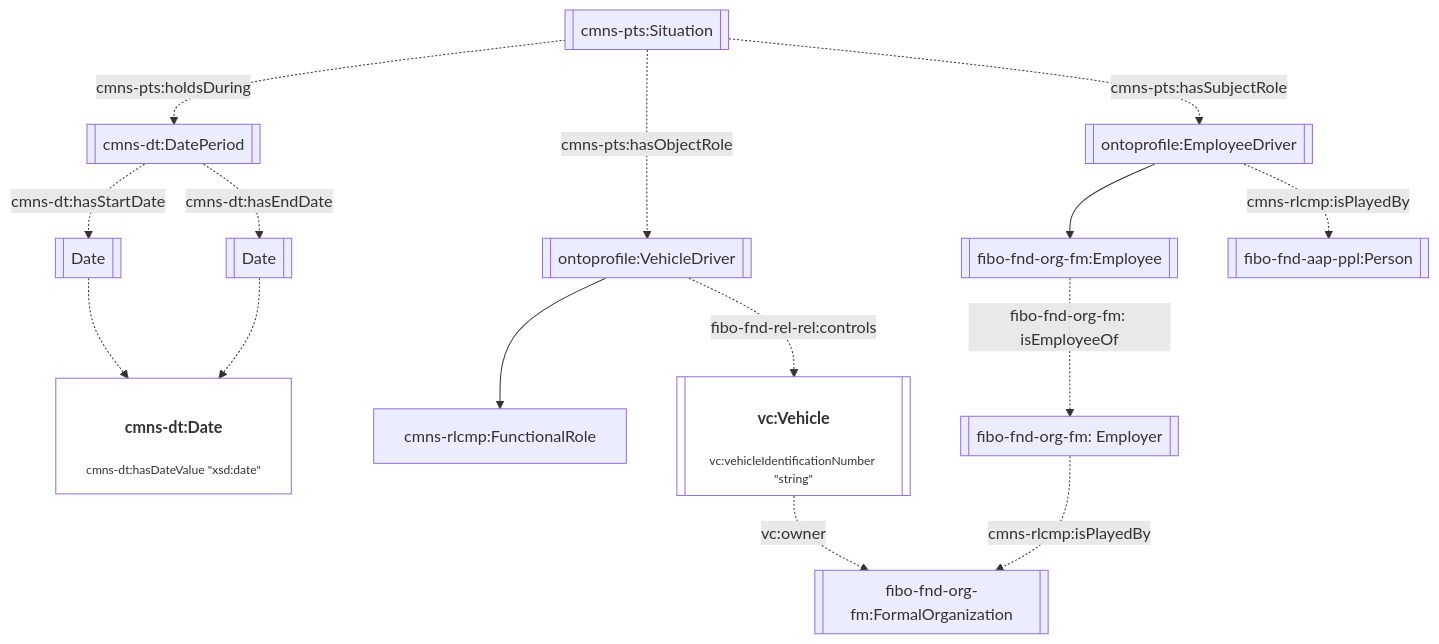
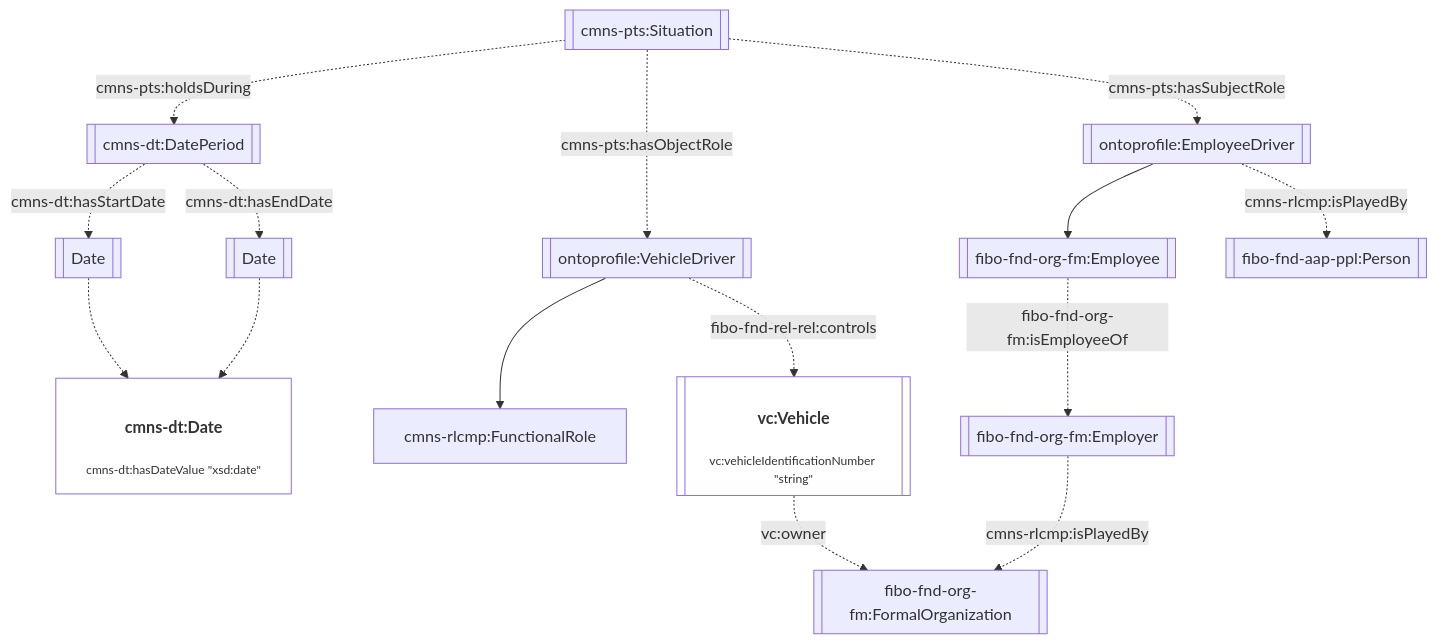
The sixth of 7 diagrams in JPS_Ontology/ontology/ontoprofile/README.MD (cambridge-cares/TheWorldAvatar), drawn with Mermaid before and after one commit. The commit also changed other lines of this file, not shown here.

Commit message:
dev-service-execution-ontology-extension: add overflow styles to link and node

````diff
--- a/JPS_Ontology/ontology/ontoprofile/README.MD
+++ b/JPS_Ontology/ontology/ontoprofile/README.MD
@@ -194,23 +197,24 @@
 ```mermaid
 flowchart TD
     %% Styling
     classDef literal fill:none
-    classDef node text-wrap:pretty
+    classDef node overflow-wrap:break-word,text-wrap:pretty
+    linkStyle default overflow-wrap:break-word,text-wrap:pretty;
 
     %% Contents
     Situation[[cmns-pts:Situation]] -. cmns-pts:hasSubjectRole .-> Driver[[ontoprofile:EmployeeDriver]]
     Situation -. cmns-pts:hasObjectRole .-> VDriver[[ontoprofile:VehicleDriver]]
     Situation -. cmns-pts:holdsDuring .-> DatePeriod[[cmns-dt:DatePeriod]]
     DatePeriod -. cmns-dt:hasStartDate .-> StartDate[[Date]]
     DatePeriod -. cmns-dt:hasEndDate .-> EndDate[[Date]]
     StartDate -.-> Date["<h4>cmns-dt:Date</h4><p style='font-size:0.75rem;'>cmns-dt:hasDateValue &quot;xsd:date&quot;</p>"]:::literal
     EndDate -.-> Date
 
     Driver --> Employee[[fibo-fnd-org-fm:Employee]]
     Driver -. cmns-rlcmp:isPlayedBy .-> Person[[fibo-fnd-aap-ppl:Person]]
     VDriver --> cmns-rlcmp:FunctionalRole
     VDriver -. fibo-fnd-rel-rel:controls .-> Vehicle[["<h4>vc:Vehicle</h4><p style='font-size:0.75rem;'>vc:vehicleIdentificationNumber &quot;string&quot;</p>"]]:::literal
     Vehicle -. vc:owner .-> Org[[fibo-fnd-org-fm:FormalOrganization]]
-    Employee -. fibo-fnd-org-fm: isEmployeeOf .-> Employer
-    Employer[[fibo-fnd-org-fm: Employer]] -. cmns-rlcmp:isPlayedBy .-> Org
+    Employee -. fibo-fnd-org-fm:isEmployeeOf .-> Employer
+    Employer[[fibo-fnd-org-fm:Employer]] -. cmns-rlcmp:isPlayedBy .-> Org
 ```
````
